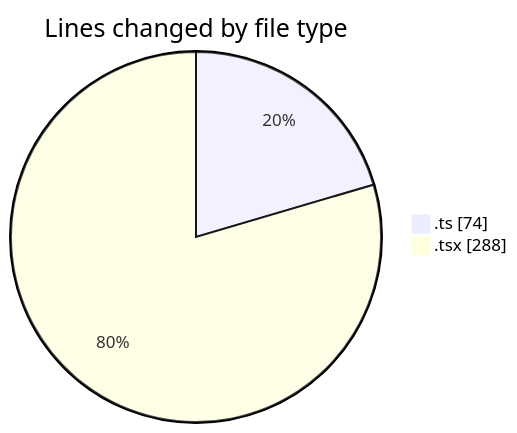
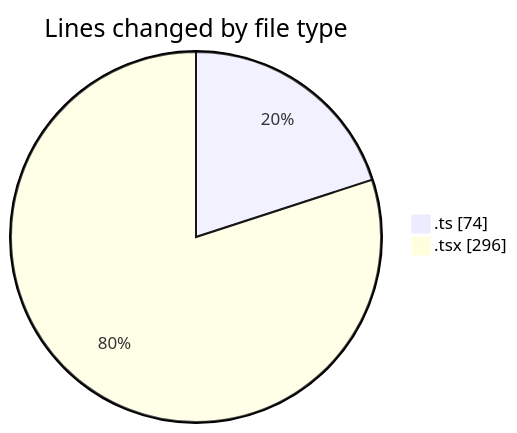
One commit to robertbonfada/code-tracking changed the first of 2 diagrams in 2025-01-25/termonied-web/README.md. Above: the diagram before and after it, drawn with Mermaid. The commit also changed other lines of this file and 1 other file, not shown here.

````diff
--- a/2025-01-25/termonied-web/README.md
+++ b/2025-01-25/termonied-web/README.md
@@ -21,6 +21,6 @@
 ```mermaid
 pie showData
 title Lines changed by file type
 ".ts" : 74
-".tsx" : 288
+".tsx" : 296
 ```
````
